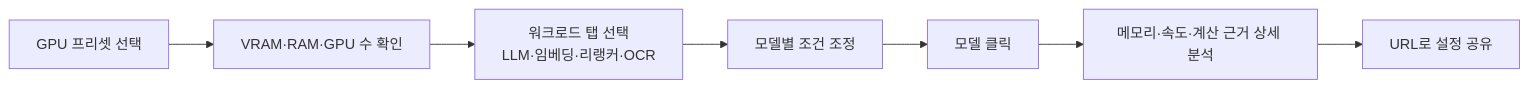
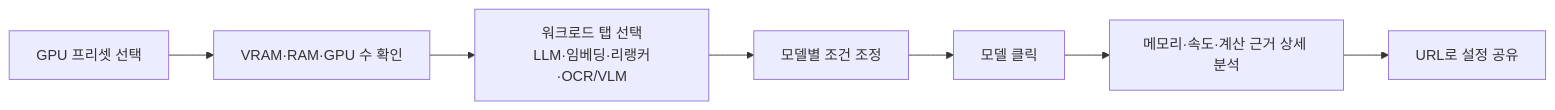
One commit to jaeseok614/llm-gpu-checker-ko changed the first of 3 diagrams in README.md. Above: the diagram before and after it, drawn with Mermaid. The commit also changed other lines of this file and 8 other files, not shown here.

````diff
--- a/README.md
+++ b/README.md
@@ -31,9 +31,9 @@
 ```mermaid
 flowchart LR
   A[GPU 프리셋 선택] --> B[VRAM·RAM·GPU 수 확인]
-  B --> C[워크로드 탭 선택<br/>LLM·임베딩·리랭커·OCR]
+  B --> C[워크로드 탭 선택<br/>LLM·임베딩·리랭커·OCR/VLM]
   C --> D[모델별 조건 조정]
   D --> E[모델 클릭]
   E --> F[메모리·속도·계산 근거 상세 분석]
   F --> G[URL로 설정 공유]
 ```
````
